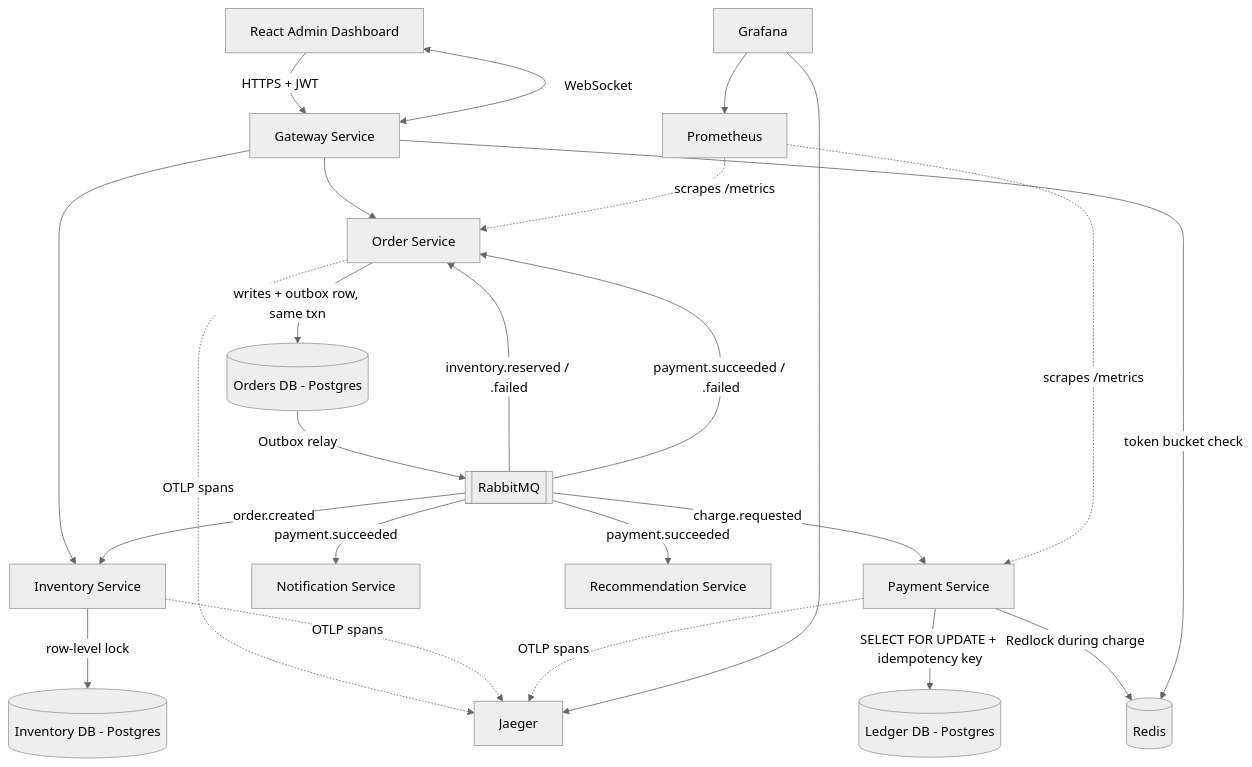
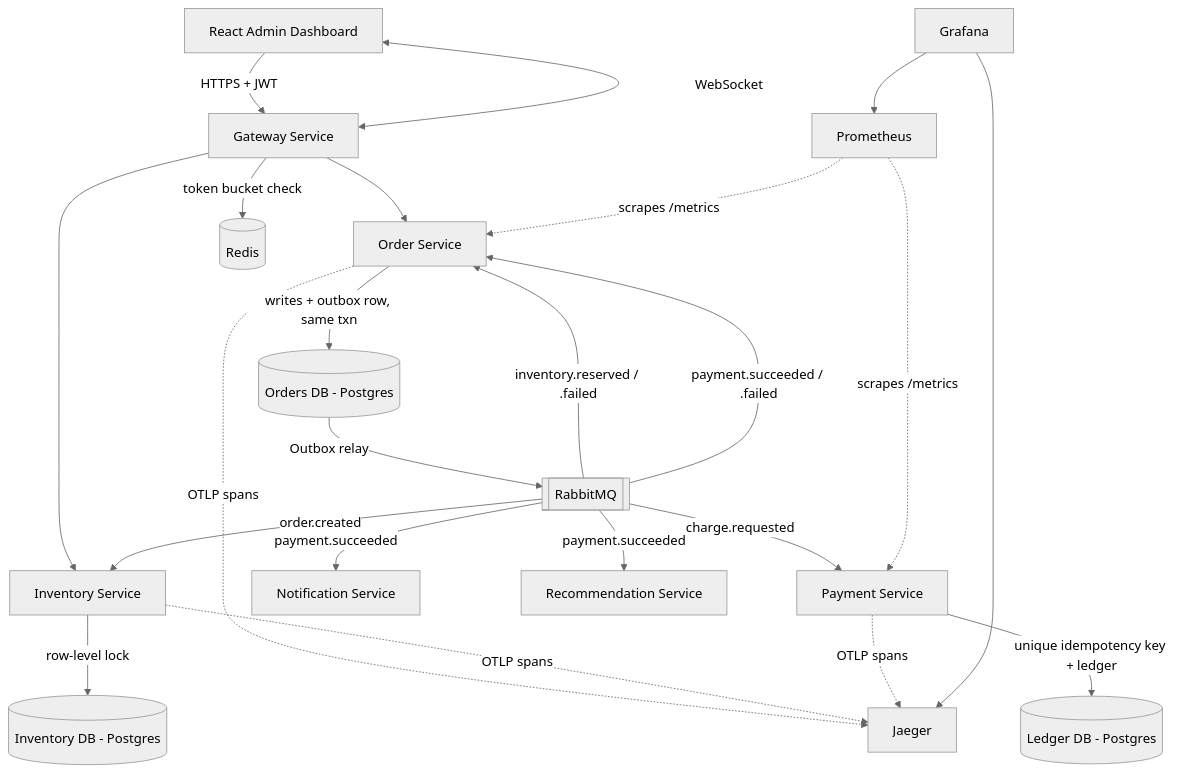
Before and after one commit to koushikrams29/distributed-commerce-payments-engine: the first of 2 diagrams in docs/ARCHITECTURE.md, drawn with Mermaid (neutral theme). The commit also changed other lines of this file and 64 other files, not shown here.

````diff
--- a/docs/ARCHITECTURE.md
+++ b/docs/ARCHITECTURE.md
@@ -11,26 +11,25 @@
 ```mermaid
 graph TD
     Client[React Admin Dashboard] -->|HTTPS + JWT| Gateway[Gateway Service]
     Gateway --> OrderSvc[Order Service]
     Gateway --> InventorySvc[Inventory Service]
     OrderSvc -->|writes + outbox row, same txn| OrderDB[(Orders DB - Postgres)]
     OrderDB -->|Outbox relay| MQ[[RabbitMQ]]
     MQ -->|order.created| InventorySvc
     MQ -->|inventory.reserved / .failed| OrderSvc
     MQ -->|charge.requested| PaymentSvc[Payment Service]
-    PaymentSvc -->|SELECT FOR UPDATE + idempotency key| Ledger[(Ledger DB - Postgres)]
-    PaymentSvc -->|Redlock during charge| Redis[(Redis)]
+    PaymentSvc -->|unique idempotency key + ledger| Ledger[(Ledger DB - Postgres)]
     MQ -->|payment.succeeded / .failed| OrderSvc
     MQ -->|payment.succeeded| NotificationSvc[Notification Service]
     MQ -->|payment.succeeded| RecoSvc[Recommendation Service]
     InventorySvc -->|row-level lock| InvDB[(Inventory DB - Postgres)]
-    Gateway -->|token bucket check| Redis
+    Gateway -->|token bucket check| Redis[(Redis)]
     OrderSvc -. OTLP spans .-> Jaeger[Jaeger]
     InventorySvc -. OTLP spans .-> Jaeger
     PaymentSvc -. OTLP spans .-> Jaeger
     Prom[Prometheus] -. scrapes /metrics .-> OrderSvc
     Prom -. scrapes /metrics .-> PaymentSvc
     Grafana[Grafana] --> Prom
     Grafana --> Jaeger
     Gateway <-->|WebSocket| Client
 ```
````
